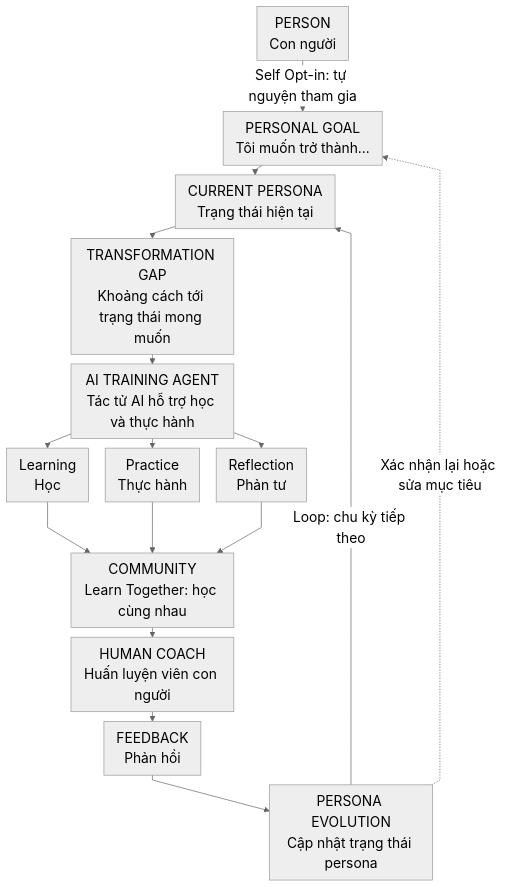
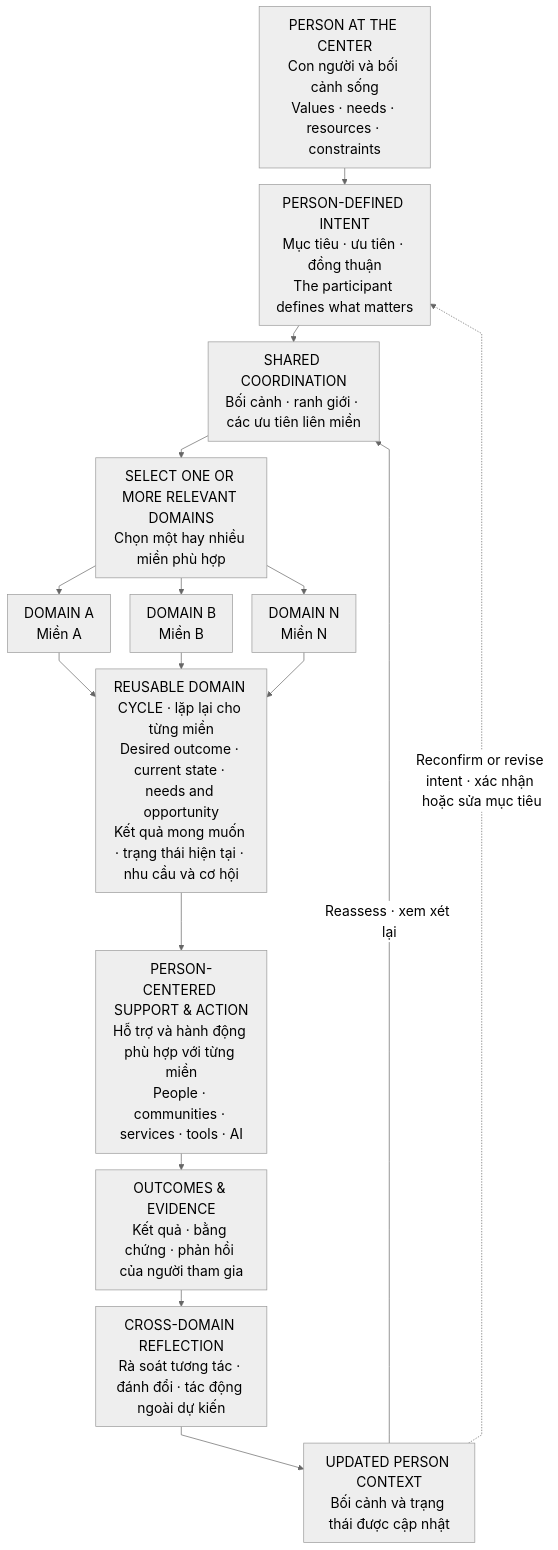
The diagram in docs/research-papers/persona-human-development-flow.mmd (LEO-CDP/leo-customer360), drawn with Mermaid before and after one commit. The commit also changed 35 other files, not shown here.

```diff
--- a/docs/research-papers/persona-human-development-flow.mmd
+++ b/docs/research-papers/persona-human-development-flow.mmd
@@ -1,17 +1,29 @@
-%%{init: {"theme": "neutral", "themeVariables": {"fontFamily": "DejaVu Sans", "fontSize": "20px"}, "flowchart": {"nodeSpacing": 24, "rankSpacing": 14, "padding": 9, "curve": "linear"}}}%%
-flowchart TD
-  person["PERSON<br/>Con người"] -->|Self Opt-in: tự nguyện tham gia| goal["PERSONAL GOAL<br/>Tôi muốn trở thành…"]
-  goal --> current["CURRENT PERSONA<br/>Trạng thái hiện tại"]
-  current --> gap["TRANSFORMATION GAP<br/>Khoảng cách tới trạng thái mong muốn"]
-  gap --> agent["AI TRAINING AGENT<br/>Tác tử AI hỗ trợ học và thực hành"]
-  agent --> learning["Learning<br/>Học"]
-  agent --> practice["Practice<br/>Thực hành"]
-  agent --> reflection["Reflection<br/>Phản tư"]
-  learning --> community["COMMUNITY<br/>Learn Together: học cùng nhau"]
-  practice --> community
-  reflection --> community
-  community --> coach["HUMAN COACH<br/>Huấn luyện viên con người"]
-  coach --> feedback["FEEDBACK<br/>Phản hồi"]
-  feedback --> evolution["PERSONA EVOLUTION<br/>Cập nhật trạng thái persona"]
-  evolution -->|Loop: chu kỳ tiếp theo| current
-  evolution -.->|Xác nhận lại hoặc sửa mục tiêu| goal
+%%{init: {"theme": "neutral", "themeVariables": {"fontFamily": "DejaVu Sans", "fontSize": "20px"}, "flowchart": {"nodeSpacing": 28, "rankSpacing": 24, "padding": 12, "curve": "linear"}}}%%
+flowchart TB
+  person["PERSON AT THE CENTER<br/>Con người và bối cảnh sống<br/>Values · needs · resources · constraints"]
+  intent["PERSON-DEFINED INTENT<br/>Mục tiêu · ưu tiên · đồng thuận<br/>The participant defines what matters"]
+  coordination["SHARED COORDINATION<br/>Bối cảnh · ranh giới · các ưu tiên liên miền"]
+
+  person --> intent
+  intent --> coordination
+
+  selection["SELECT ONE OR MORE RELEVANT DOMAINS<br/>Chọn một hay nhiều miền phù hợp"]
+  domainA["DOMAIN A<br/>Miền A"]
+  domainB["DOMAIN B<br/>Miền B"]
+  domainN["DOMAIN N<br/>Miền N"]
+
+  coordination --> selection
+  selection --> domainA
+  selection --> domainB
+  selection --> domainN
+
+  domainA --> cycle["REUSABLE DOMAIN CYCLE · lặp lại cho từng miền<br/>Desired outcome · current state · needs and opportunity<br/>Kết quả mong muốn · trạng thái hiện tại · nhu cầu và cơ hội"]
+  domainB --> cycle
+  domainN --> cycle
+
+  cycle --> support["PERSON-CENTERED SUPPORT & ACTION<br/>Hỗ trợ và hành động phù hợp với từng miền<br/>People · communities · services · tools · AI"]
+  support --> evidence["OUTCOMES & EVIDENCE<br/>Kết quả · bằng chứng · phản hồi của người tham gia"]
+  evidence --> reflection["CROSS-DOMAIN REFLECTION<br/>Rà soát tương tác · đánh đổi · tác động ngoài dự kiến"]
+  reflection --> update["UPDATED PERSON CONTEXT<br/>Bối cảnh và trạng thái được cập nhật"]
+  update -->|Reassess · xem xét lại| coordination
+  update -.->|Reconfirm or revise intent · xác nhận hoặc sửa mục tiêu| intent
```
